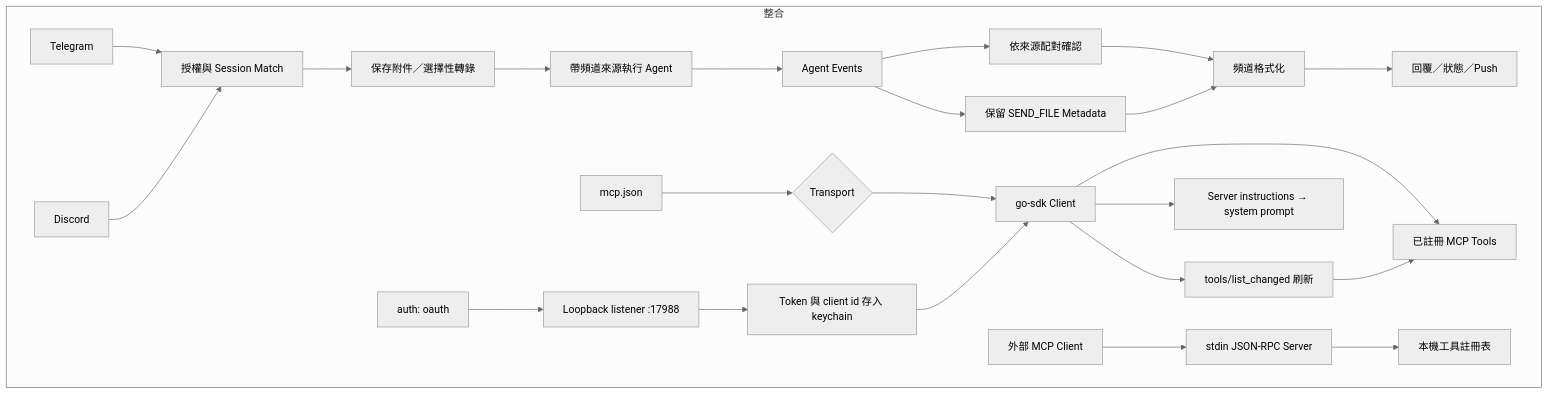
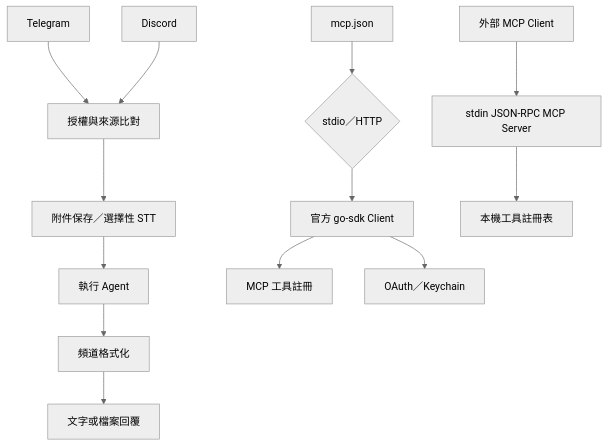
The seventh of 9 diagrams in doc/architecture.zh.md (agenvoy/Agenvoy), drawn with Mermaid (neutral theme) before and after one commit. The commit also changed other lines of this file and 5 other files, not shown here.

````diff
--- a/doc/architecture.zh.md
+++ b/doc/architecture.zh.md
@@ -194,27 +133,16 @@
 ```mermaid
 graph TB
-    subgraph Integrations[整合]
-        Telegram[Telegram] --> Auth[授權與 Session Match]
-        Discord[Discord] --> Auth
-        Auth --> Attachments[保存附件／選擇性轉錄]
-        Attachments --> ChatRun[帶頻道來源執行 Agent]
-        ChatRun --> Events[Agent Events]
-        Events --> Confirm[依來源配對確認]
-        Confirm --> Format[頻道格式化]
-        Events --> FileMarker[保留 SEND_FILE Metadata]
-        FileMarker --> Format
-        Format --> Reply[回覆／狀態／Push]
+    Telegram[Telegram] --> Auth[授權與來源比對]
+    Discord[Discord] --> Auth
+    Auth --> Attachments[附件保存／選擇性 STT]
+    Attachments --> ChatExec[執行 Agent]
+    ChatExec --> Format[頻道格式化]
+    Format --> Reply[文字或檔案回覆]
 
-        MCPConfig[mcp.json] --> Transport{Transport}
-        Transport --> SDKClient[go-sdk Client]
-        SDKClient --> MCPTools[已註冊 MCP Tools]
-        SDKClient --> Refresh[tools/list_changed 刷新]
-        Refresh --> MCPTools
-        SDKClient --> Instructions[Server instructions → system prompt]
-        OAuth[auth: oauth] --> Callback[Loopback listener :17988]
-        Callback --> Token[Token 與 client id 存入 keychain]
-        Token --> SDKClient
-        ExternalClient[外部 MCP Client] --> LocalMCP[stdin JSON-RPC Server]
-        LocalMCP --> Tools[本機工具註冊表]
-    end
+    MCPConfig[mcp.json] --> Transport{stdio／HTTP}
+    Transport --> MCPClient[官方 go-sdk Client]
+    MCPClient --> RemoteTools[MCP 工具註冊]
+    MCPClient --> OAuth[OAuth／Keychain]
+    External[外部 MCP Client] --> LocalMCP[stdin JSON-RPC MCP Server]
+    LocalMCP --> Registry[本機工具註冊表]
 ```
````
